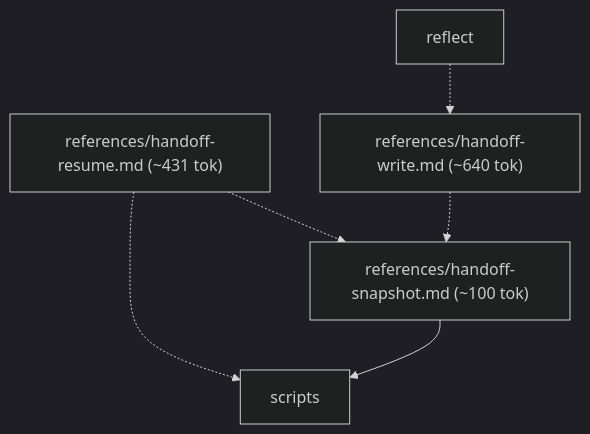
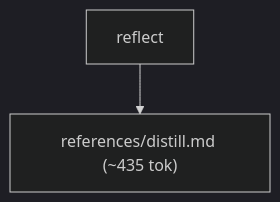
One commit to alecegg/varde changed the second of 7 diagrams in skills/varde-knowledge/FLOW.md. Above: the diagram before and after it, drawn with Mermaid (dark theme). The commit also changed other lines of this file and 1293 other files, not shown here.

````diff
--- a/skills/varde-knowledge/FLOW.md
+++ b/skills/varde-knowledge/FLOW.md
@@ -38,13 +41,6 @@
 ```mermaid
 flowchart TD
-  n0["references/handoff-resume.md (~431 tok)"]
-  n1["references/handoff-snapshot.md (~100 tok)"]
-  n2["references/handoff-write.md (~640 tok)"]
-  n3["reflect"]
-  n4["scripts"]
-  n0 -.-> n1
-  n0 -.-> n4
-  n1 --> n4
-  n2 -.-> n1
-  n3 -.-> n2
+  n0["references/distill.md (~435 tok)"]
+  n1["reflect"]
+  n1 --> n0
 ```
````
